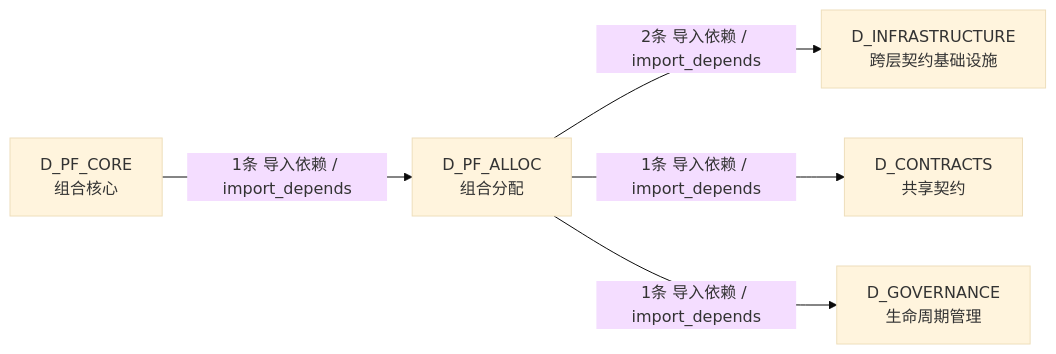
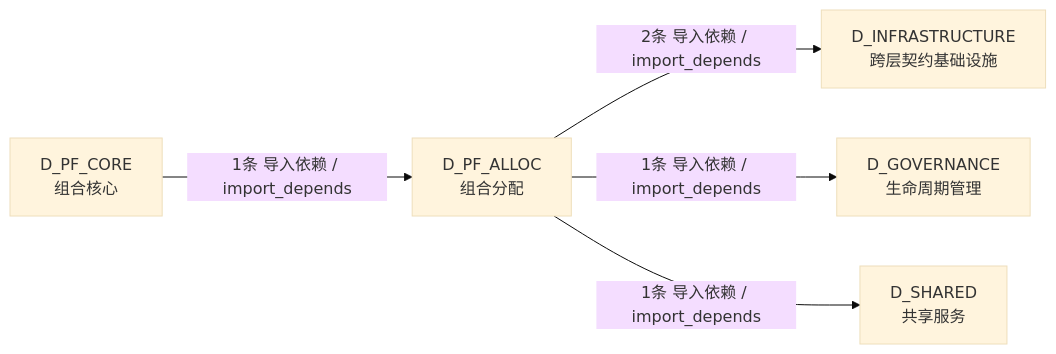
The third of 3 diagrams in docs/02_enterprise_architecture/02_domain_architecture_docs/62_d_pf_alloc.md (xuanFelixVan/ZephyrAlpha), drawn with Mermaid (base theme) before and after one commit. The commit also changed other lines of this file and 79 other files, not shown here.

````diff
--- a/docs/02_enterprise_architecture/02_domain_architecture_docs/62_d_pf_alloc.md
+++ b/docs/02_enterprise_architecture/02_domain_architecture_docs/62_d_pf_alloc.md
@@ -144,12 +144,12 @@
 ```mermaid
 graph LR
     D_PF_ALLOC["D_PF_ALLOC<br/>组合分配"]
     D_INFRASTRUCTURE["D_INFRASTRUCTURE<br/>跨层契约基础设施"]
-    D_CONTRACTS["D_CONTRACTS<br/>共享契约"]
     D_GOVERNANCE["D_GOVERNANCE<br/>生命周期管理"]
+    D_SHARED["D_SHARED<br/>共享服务"]
     D_PF_CORE["D_PF_CORE<br/>组合核心"]
     D_PF_ALLOC -->|2条 导入依赖 / import_depends| D_INFRASTRUCTURE
-    D_PF_ALLOC -->|1条 导入依赖 / import_depends| D_CONTRACTS
     D_PF_ALLOC -->|1条 导入依赖 / import_depends| D_GOVERNANCE
+    D_PF_ALLOC -->|1条 导入依赖 / import_depends| D_SHARED
     D_PF_CORE -->|1条 导入依赖 / import_depends| D_PF_ALLOC
 ```
````
